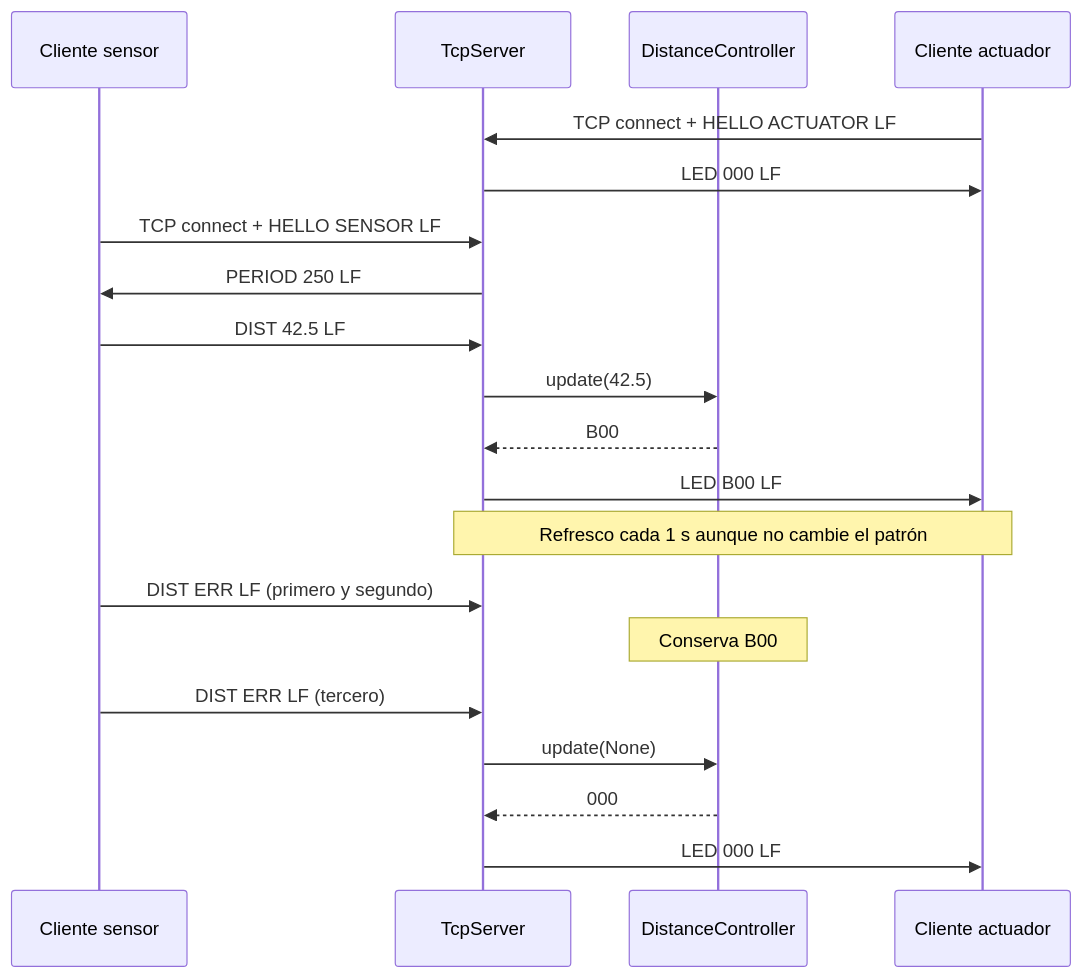
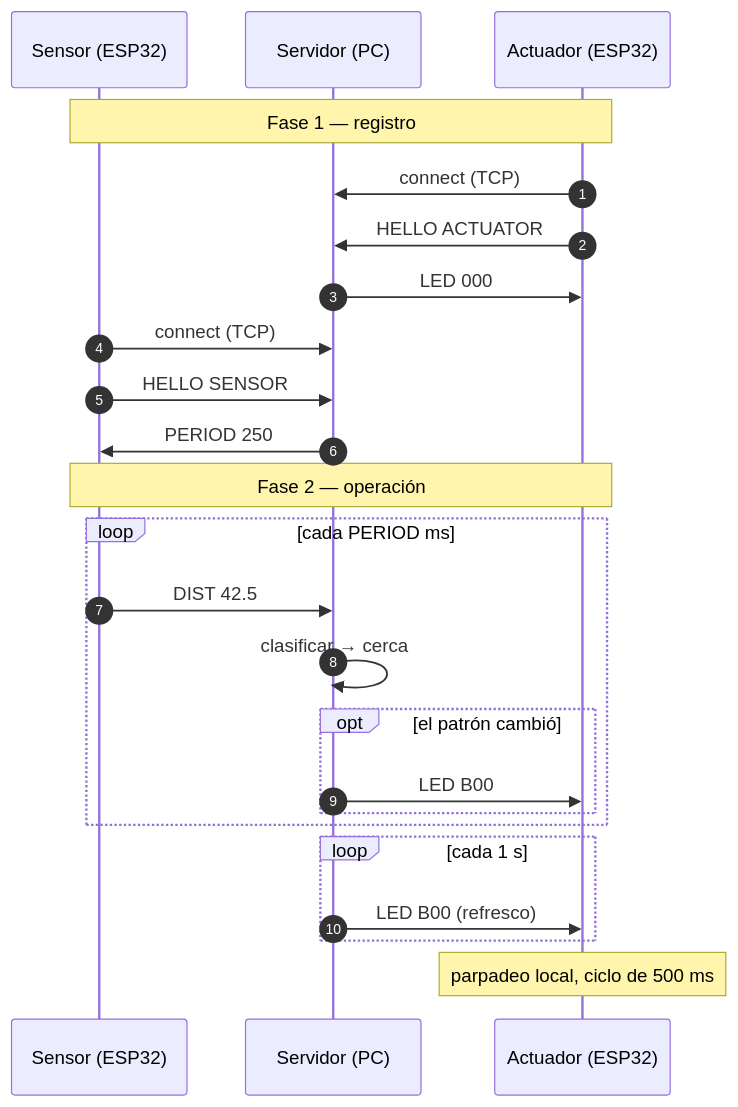
The first of 2 diagrams in docs/sequence.md (JoseCorralesAgreda/Proyecto-Practica-2-IOT), drawn with Mermaid before and after one commit. The commit also changed other lines of this file and 10 other files, not shown here.

````diff
--- a/docs/sequence.md
+++ b/docs/sequence.md
@@ -5,22 +9,28 @@
 ```mermaid
 sequenceDiagram
-    participant S as Cliente sensor
-    participant T as TcpServer
-    participant C as DistanceController
-    participant A as Cliente actuador
-    A->>T: TCP connect + HELLO ACTUATOR LF
-    T->>A: LED 000 LF
-    S->>T: TCP connect + HELLO SENSOR LF
-    T->>S: PERIOD 250 LF
-    S->>T: DIST 42.5 LF
-    T->>C: update(42.5)
-    C-->>T: B00
-    T->>A: LED B00 LF
-    Note over T,A: Refresco cada 1 s aunque no cambie el patrón
-    S->>T: DIST ERR LF (primero y segundo)
-    Note over C: Conserva B00
-    S->>T: DIST ERR LF (tercero)
-    T->>C: update(None)
-    C-->>T: 000
-    T->>A: LED 000 LF
+    autonumber
+    participant S as Sensor (ESP32)
+    participant SRV as Servidor (PC)
+    participant A as Actuador (ESP32)
+
+    Note over S,A: Fase 1 — registro
+    A->>SRV: connect (TCP)
+    A->>SRV: HELLO ACTUATOR
+    SRV->>A: LED 000
+    S->>SRV: connect (TCP)
+    S->>SRV: HELLO SENSOR
+    SRV->>S: PERIOD 250
+
+    Note over S,A: Fase 2 — operación
+    loop cada PERIOD ms
+        S->>SRV: DIST 42.5
+        SRV->>SRV: clasificar → cerca
+        opt el patrón cambió
+            SRV->>A: LED B00
+        end
+    end
+    loop cada 1 s
+        SRV->>A: LED B00 (refresco)
+    end
+    Note over A: parpadeo local, ciclo de 500 ms
 ```
````
